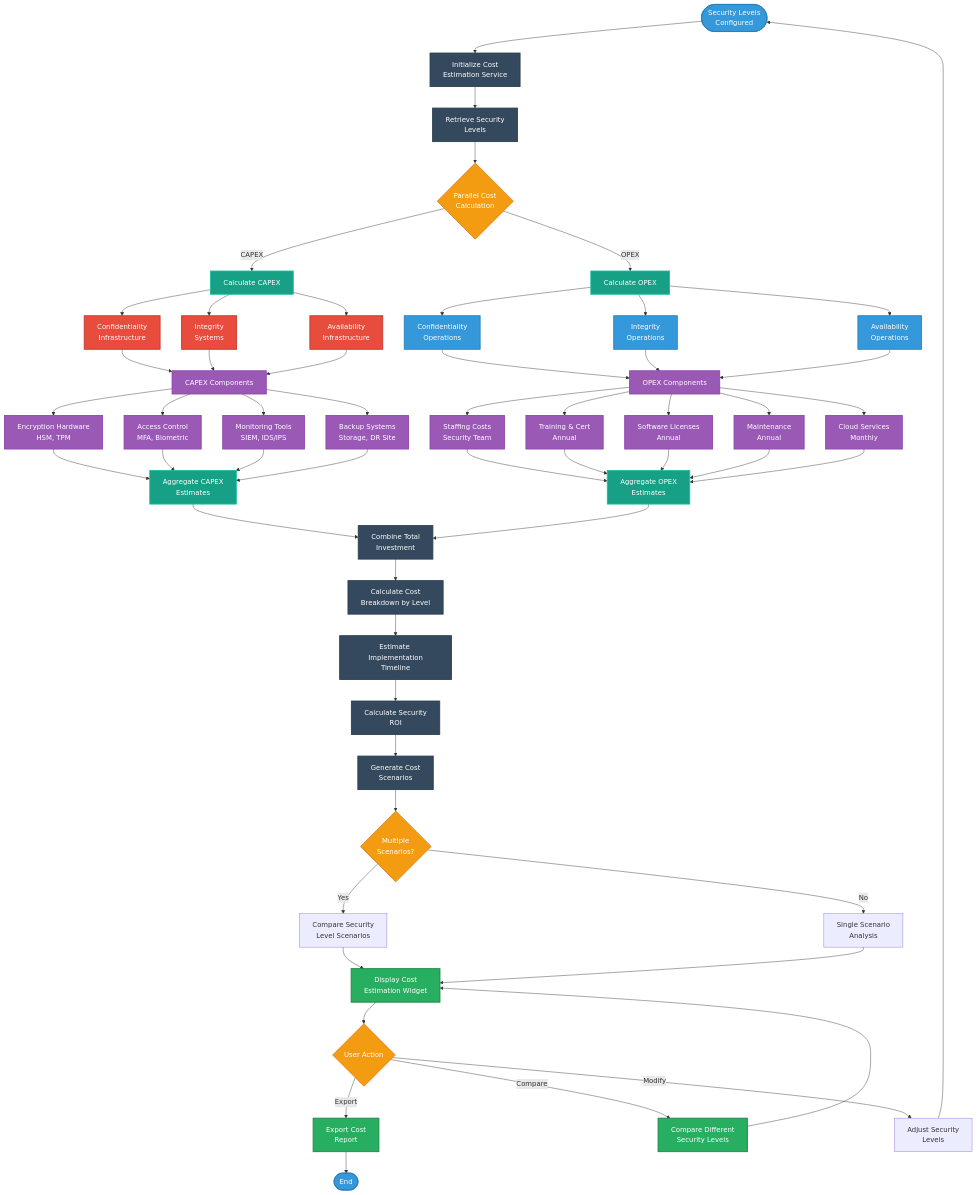
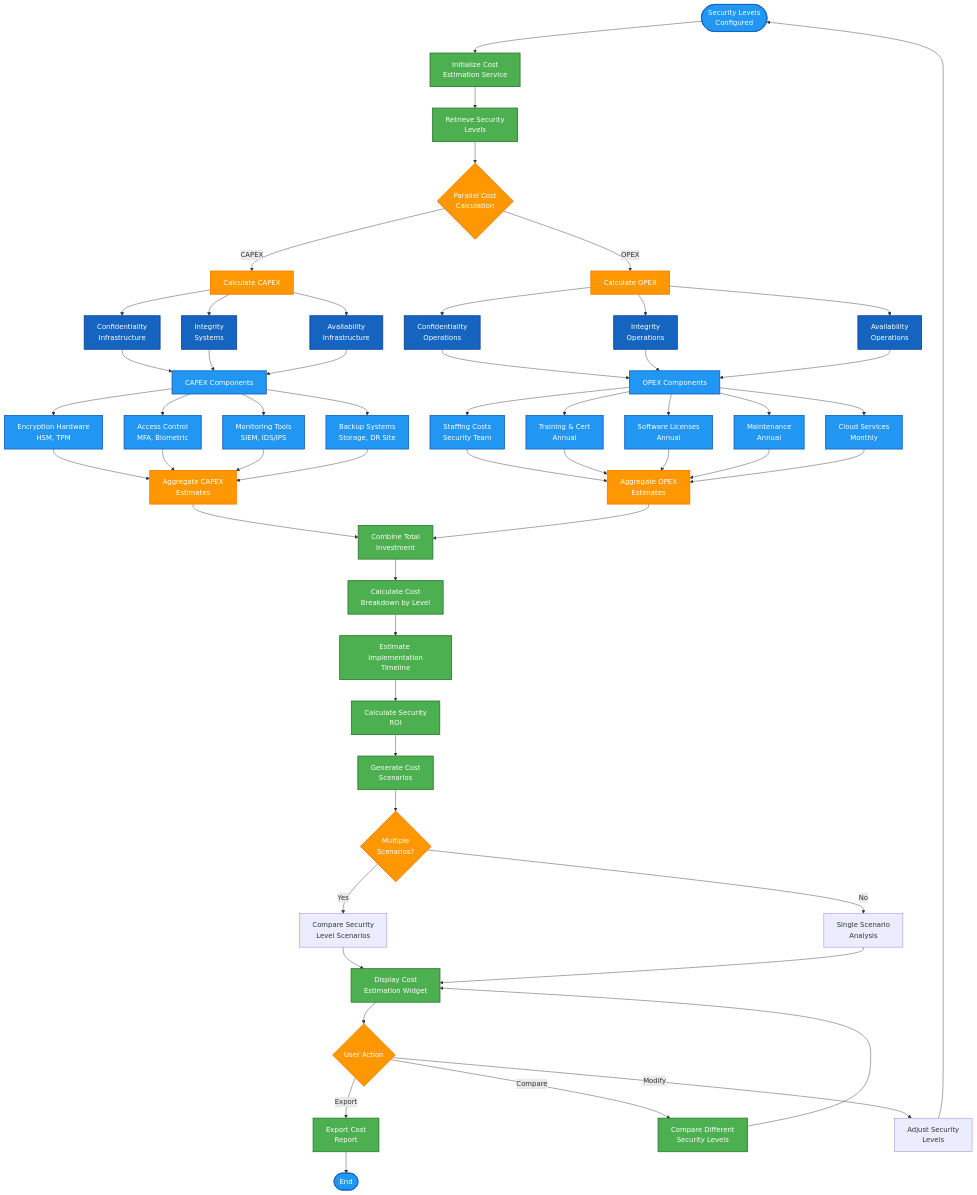
The eighth of 13 diagrams in docs/architecture/FLOWCHART.md (step-security-bot/cia-compliance-manager), drawn with Mermaid before and after one commit. The commit also changed other lines of this file and 27 other files, not shown here.

First line of the commit message:
fix: resolve broken mermaid diagrams and improve color coding to match ISMS style guide (#1106)

```diff
--- a/docs/architecture/FLOWCHART.md
+++ b/docs/architecture/FLOWCHART.md
@@ -645,14 +645,14 @@
     AdjustLevels --> Start
     
     %% Apply styles
-    classDef startend fill:#3498db,stroke:#2980b9,stroke-width:2px,color:white,rx:25
-    classDef process fill:#34495e,stroke:#2c3e50,stroke-width:2px,color:white
-    classDef calculation fill:#16a085,stroke:#1abc9c,stroke-width:2px,color:white
-    classDef component fill:#9b59b6,stroke:#8e44ad,stroke-width:2px,color:white
-    classDef decision fill:#f39c12,stroke:#e67e22,stroke-width:2px,color:white
-    classDef capex fill:#e74c3c,stroke:#c0392b,stroke-width:2px,color:white
-    classDef opex fill:#3498db,stroke:#2980b9,stroke-width:2px,color:white
-    classDef output fill:#27ae60,stroke:#1e8449,stroke-width:2px,color:white
+    classDef startend fill:#2196F3,stroke:#1565C0,stroke-width:2px,color:#ffffff
+    classDef process fill:#4CAF50,stroke:#2E7D32,stroke-width:2px,color:#ffffff
+    classDef calculation fill:#FF9800,stroke:#F57C00,stroke-width:2px,color:#ffffff
+    classDef component fill:#2196F3,stroke:#1565C0,stroke-width:2px,color:#ffffff
+    classDef decision fill:#FF9800,stroke:#F57C00,stroke-width:2px,color:#ffffff
+    classDef capex fill:#1565C0,stroke:#0D47A1,stroke-width:2px,color:#ffffff
+    classDef opex fill:#1565C0,stroke:#0D47A1,stroke-width:2px,color:#ffffff
+    classDef output fill:#4CAF50,stroke:#2E7D32,stroke-width:2px,color:#ffffff
     
     class Start,End startend
     class InitCostCalc,GetSecurityLevel,CombineCosts,CalculateBreakdown,EstimateTimeline,CalculateROI,GenerateScenarios process
```
